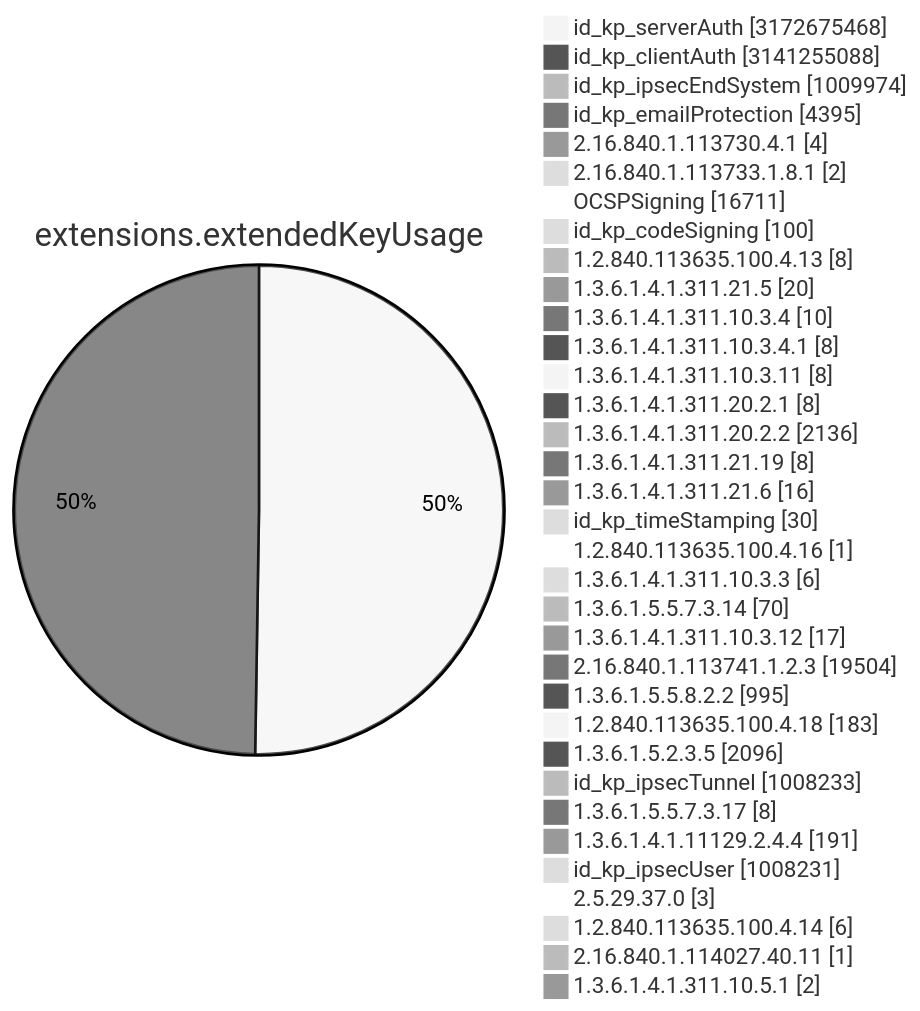
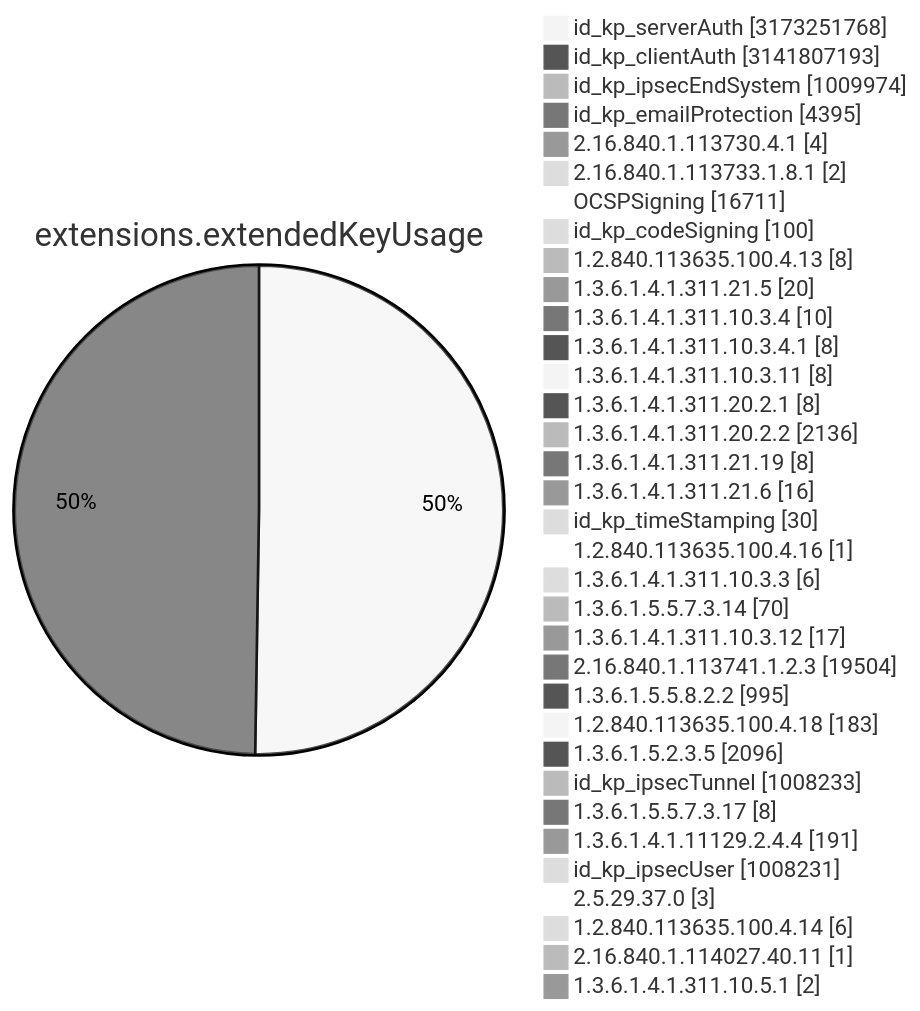
Before and after one commit to christiankrug/ctmonitor_visualization: diagram 11 of 15 in TOTAL/README.md, drawn with Mermaid (neutral theme). The commit also changed other lines of this file, not shown here.

````diff
--- a/TOTAL/README.md
+++ b/TOTAL/README.md
@@ -4119,38 +4119,38 @@
 ```mermaid
 pie showData
 title extensions.extendedKeyUsage
-"id_kp_serverAuth" :3172675468
-"id_kp_clientAuth" :3141255088
+"id_kp_serverAuth" :3173251768
+"id_kp_clientAuth" :3141807193
 "id_kp_ipsecEndSystem" :1009974
 "id_kp_emailProtection" :4395
 "2.16.840.1.113730.4.1" :4
 "2.16.840.1.113733.1.8.1" :2
 "OCSPSigning" :16711
 "id_kp_codeSigning" :100
 "1.2.840.113635.100.4.13" :8
 "1.3.6.1.4.1.311.21.5" :20
 "1.3.6.1.4.1.311.10.3.4" :10
 "1.3.6.1.4.1.311.10.3.4.1" :8
 "1.3.6.1.4.1.311.10.3.11" :8
 "1.3.6.1.4.1.311.20.2.1" :8
 "1.3.6.1.4.1.311.20.2.2" :2136
 "1.3.6.1.4.1.311.21.19" :8
 "1.3.6.1.4.1.311.21.6" :16
 "id_kp_timeStamping" :30
 "1.2.840.113635.100.4.16" :1
 "1.3.6.1.4.1.311.10.3.3" :6
 "1.3.6.1.5.5.7.3.14" :70
 "1.3.6.1.4.1.311.10.3.12" :17
 "2.16.840.1.113741.1.2.3" :19504
 "1.3.6.1.5.5.8.2.2" :995
 "1.2.840.113635.100.4.18" :183
 "1.3.6.1.5.2.3.5" :2096
 "id_kp_ipsecTunnel" :1008233
 "1.3.6.1.5.5.7.3.17" :8
 "1.3.6.1.4.1.11129.2.4.4" :191
 "id_kp_ipsecUser" :1008231
 "2.5.29.37.0" :3
 "1.2.840.113635.100.4.14" :6
 "2.16.840.1.114027.40.11" :1
 "1.3.6.1.4.1.311.10.5.1" :2
 ```
````
